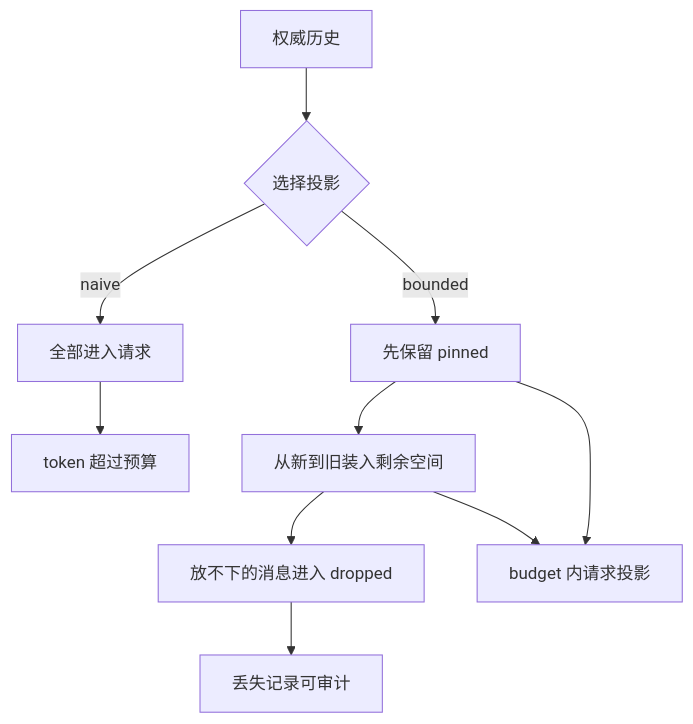
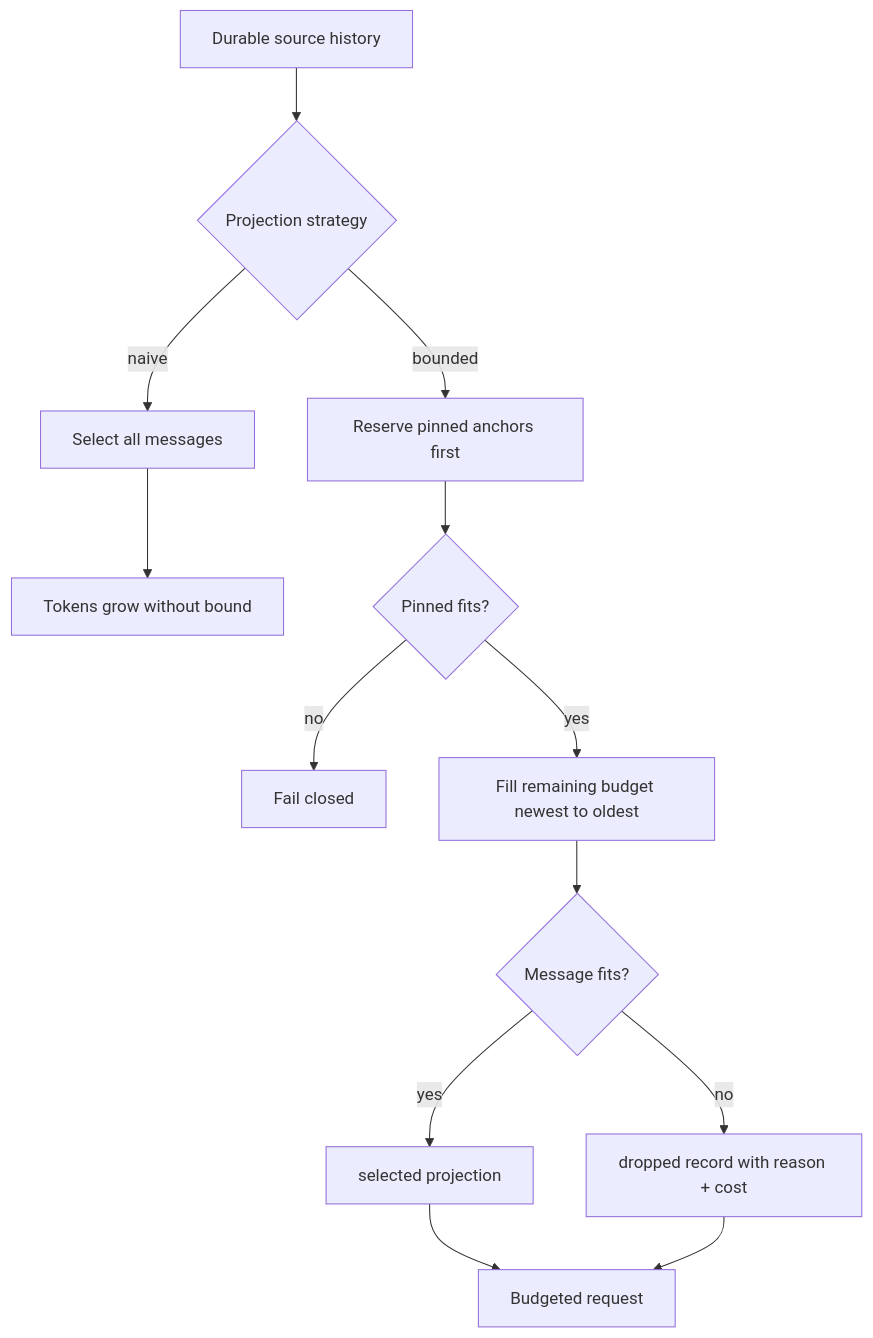
Before and after one commit to xiaoslin9153/awesome-agent-harness-tutorial: the first of 2 diagrams in tutorial/zh-CN/05-labs/context-bloat.md, drawn with Mermaid. The commit also changed other lines of this file and 4 other files, not shown here.

````diff
--- a/tutorial/zh-CN/05-labs/context-bloat.md
+++ b/tutorial/zh-CN/05-labs/context-bloat.md
@@ -67,12 +53,15 @@
 ```mermaid
 flowchart TD
-  A[权威历史] --> B{选择投影}
-  B -- naive --> C[全部进入请求]
-  C --> D[token 超过预算]
-  B -- bounded --> E[先保留 pinned]
-  E --> F[从新到旧装入剩余空间]
-  F --> G[放不下的消息进入 dropped]
-  E --> H[budget 内请求投影]
-  F --> H
-  G --> I[丢失记录可审计]
+  A[Durable source history] --> B{Projection strategy}
+  B -- naive --> C[Select all messages]
+  C --> D[Tokens grow without bound]
+  B -- bounded --> E[Reserve pinned anchors first]
+  E --> F{Pinned fits?}
+  F -- no --> G[Fail closed]
+  F -- yes --> H[Fill remaining budget newest to oldest]
+  H --> I{Message fits?}
+  I -- yes --> J[selected projection]
+  I -- no --> K[dropped record with reason + cost]
+  J --> L[Budgeted request]
+  K --> L
 ```
````
